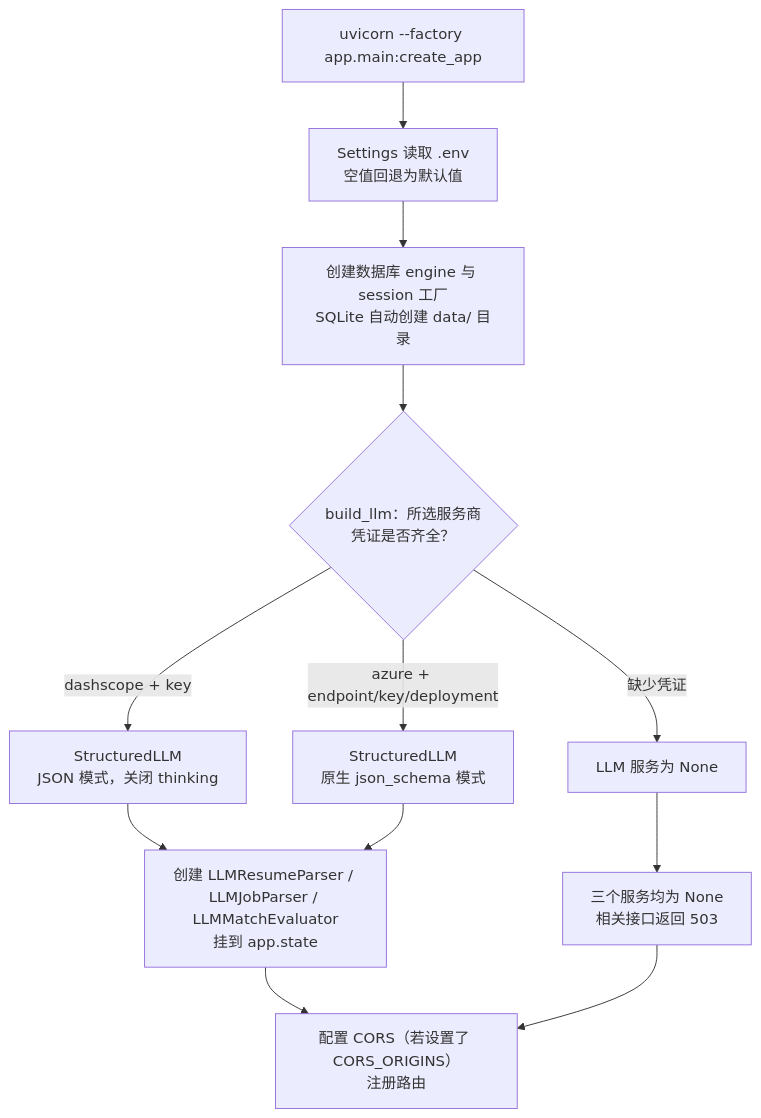
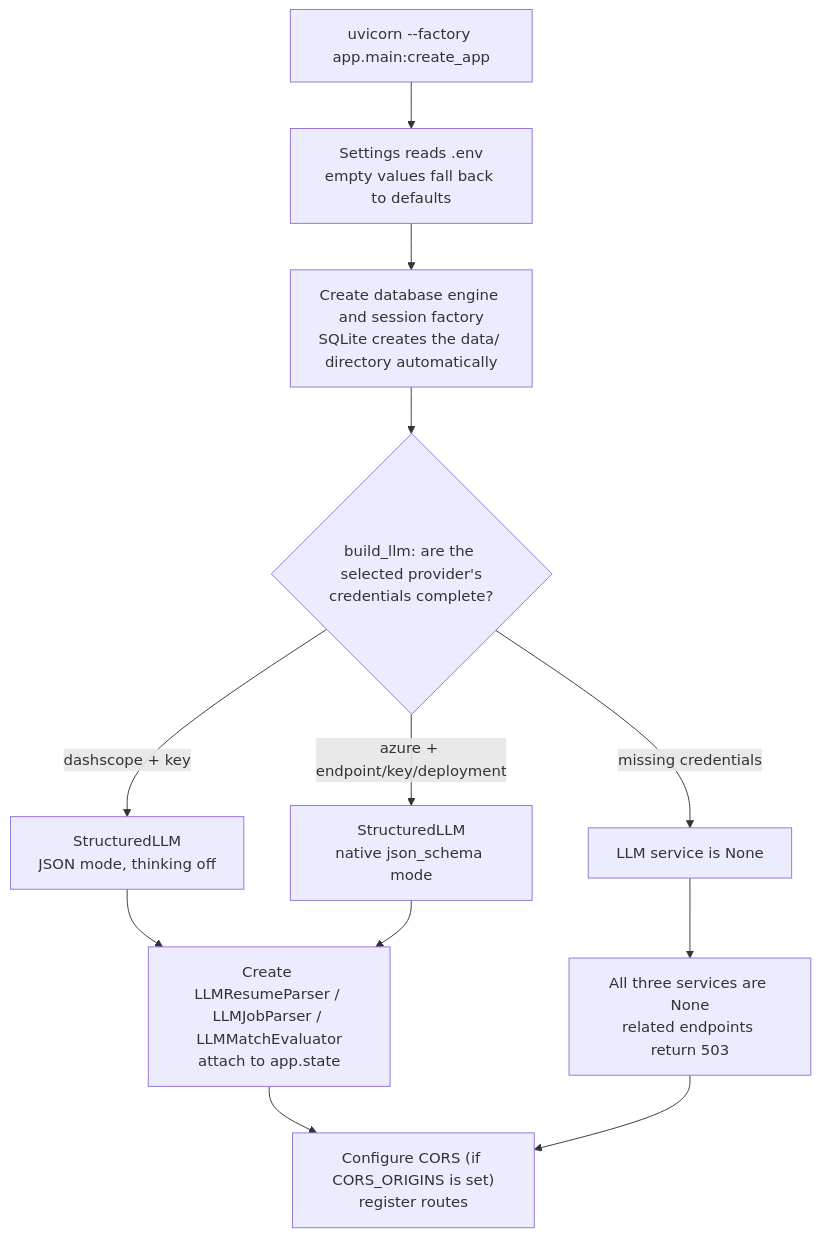
The second of 7 diagrams in docs/BACKEND.md (TuringChicken/JobPilot), drawn with Mermaid before and after one commit. The commit also changed other lines of this file and 3 other files, not shown here.

````diff
--- a/docs/BACKEND.md
+++ b/docs/BACKEND.md
@@ -51,14 +51,14 @@
 ```mermaid
 flowchart TD
-    A["uvicorn --factory app.main:create_app"] --> B["Settings 读取 .env<br/>空值回退为默认值"]
-    B --> C["创建数据库 engine 与 session 工厂<br/>SQLite 自动创建 data/ 目录"]
-    C --> D{"build_llm：所选服务商<br/>凭证是否齐全？"}
-    D -->|"dashscope + key"| E["StructuredLLM<br/>JSON 模式，关闭 thinking"]
-    D -->|"azure + endpoint/key/deployment"| F["StructuredLLM<br/>原生 json_schema 模式"]
-    D -->|"缺少凭证"| G["LLM 服务为 None"]
-    E --> H["创建 LLMResumeParser / LLMJobParser / LLMMatchEvaluator<br/>挂到 app.state"]
+    A["uvicorn --factory app.main:create_app"] --> B["Settings reads .env<br/>empty values fall back to defaults"]
+    B --> C["Create database engine and session factory<br/>SQLite creates the data/ directory automatically"]
+    C --> D{"build_llm: are the selected provider's<br/>credentials complete?"}
+    D -->|"dashscope + key"| E["StructuredLLM<br/>JSON mode, thinking off"]
+    D -->|"azure + endpoint/key/deployment"| F["StructuredLLM<br/>native json_schema mode"]
+    D -->|"missing credentials"| G["LLM service is None"]
+    E --> H["Create LLMResumeParser / LLMJobParser / LLMMatchEvaluator<br/>attach to app.state"]
     F --> H
-    G --> I["三个服务均为 None<br/>相关接口返回 503"]
-    H --> J["配置 CORS（若设置了 CORS_ORIGINS）<br/>注册路由"]
+    G --> I["All three services are None<br/>related endpoints return 503"]
+    H --> J["Configure CORS (if CORS_ORIGINS is set)<br/>register routes"]
     I --> J
 ```
````
